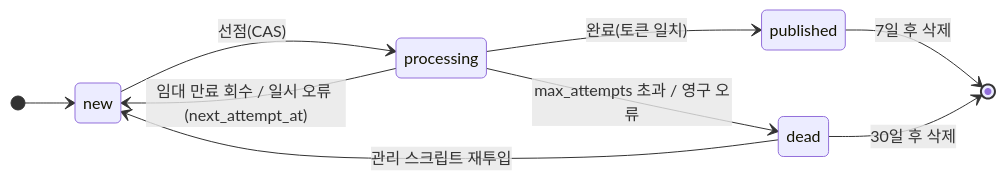
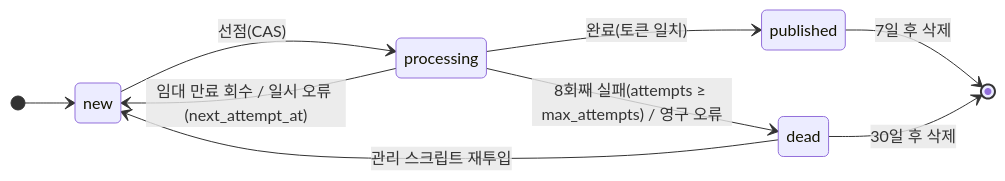
The sixth of 6 diagrams in docs/design/05-event-catalog.md (1985jwlee/portpolio_backend), drawn with Mermaid before and after one commit. The commit also changed other lines of this file and 33 other files, not shown here.

````diff
--- a/docs/design/05-event-catalog.md
+++ b/docs/design/05-event-catalog.md
@@ -212,12 +213,12 @@
 ```mermaid
 stateDiagram-v2
     direction LR
     [*] --> new
     new --> processing : 선점(CAS)
     processing --> published : 완료(토큰 일치)
     processing --> new : 임대 만료 회수 / 일시 오류 (next_attempt_at)
-    processing --> dead : max_attempts 초과 / 영구 오류
+    processing --> dead : 8회째 실패(attempts ≥ max_attempts) / 영구 오류
     published --> [*] : 7일 후 삭제
     dead --> new : 관리 스크립트 재투입
     dead --> [*] : 30일 후 삭제
 ```
````
